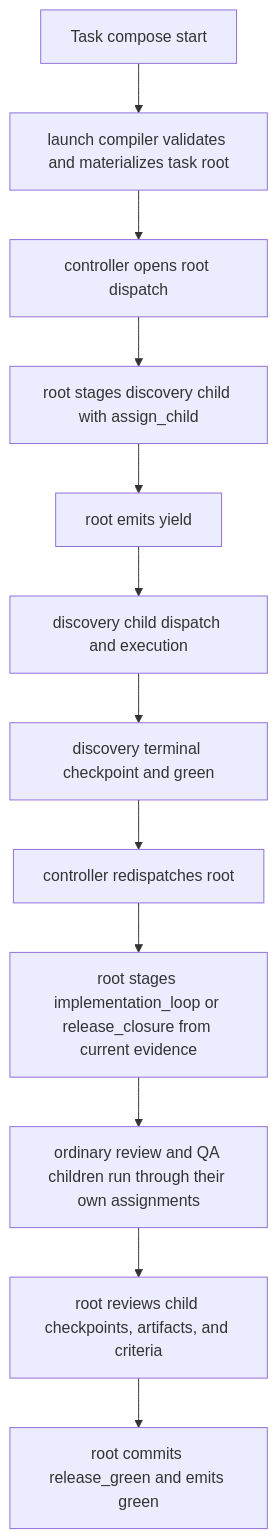
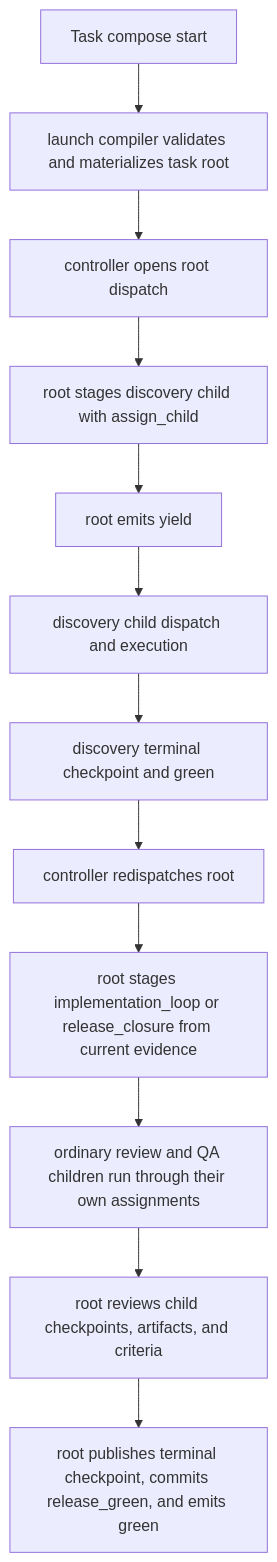
Before and after one commit to ringlochid/AutoClaw: the diagram in docs-internal/design/v1/tutorials/end-to-end-design-walkthrough.md, drawn with Mermaid. The commit also changed 48 other files, not shown here.

````diff
--- a/docs-internal/design/v1/tutorials/end-to-end-design-walkthrough.md
+++ b/docs-internal/design/v1/tutorials/end-to-end-design-walkthrough.md
@@ -9,14 +9,14 @@
 ```mermaid
 flowchart TD
     A["Task compose start"] --> B["launch compiler validates and materializes task root"]
     B --> C["controller opens root dispatch"]
     C --> D["root stages discovery child with assign_child"]
     D --> E["root emits yield"]
     E --> F["discovery child dispatch and execution"]
     F --> G["discovery terminal checkpoint and green"]
     G --> H["controller redispatches root"]
     H --> I["root stages implementation_loop or release_closure from current evidence"]
     I --> J["ordinary review and QA children run through their own assignments"]
     J --> K["root reviews child checkpoints, artifacts, and criteria"]
-    K --> L["root commits release_green and emits green"]
+    K --> L["root publishes terminal checkpoint, commits release_green, and emits green"]
 ```
````
